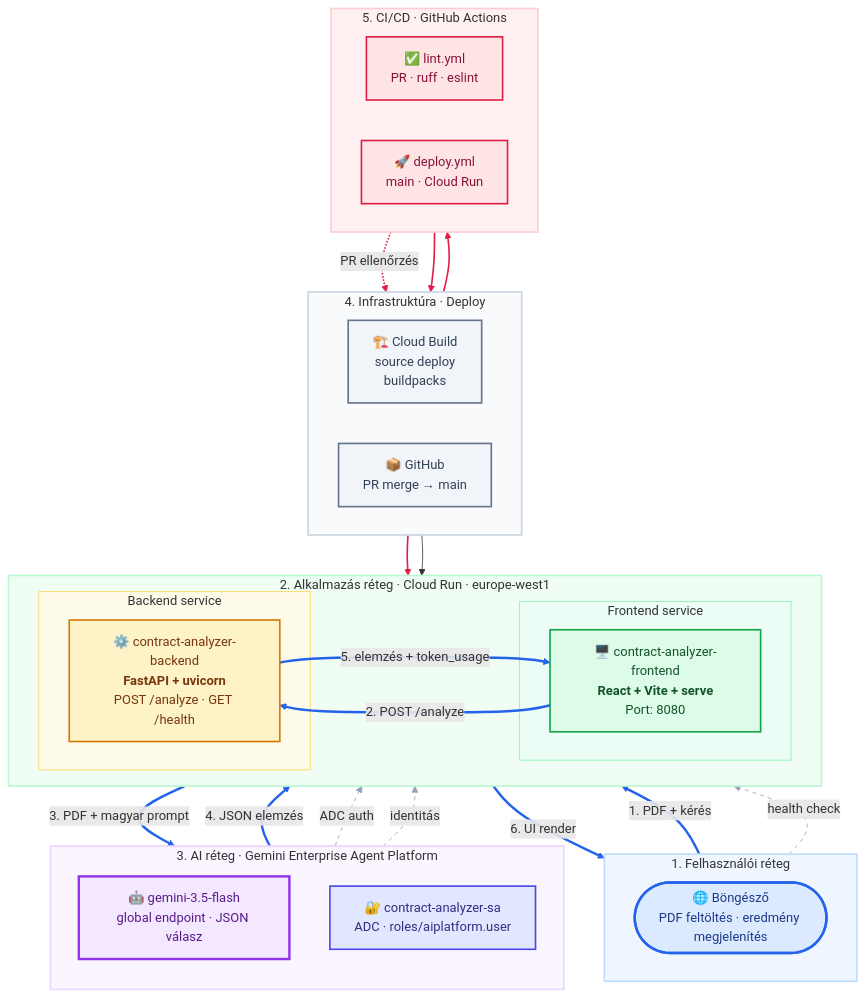
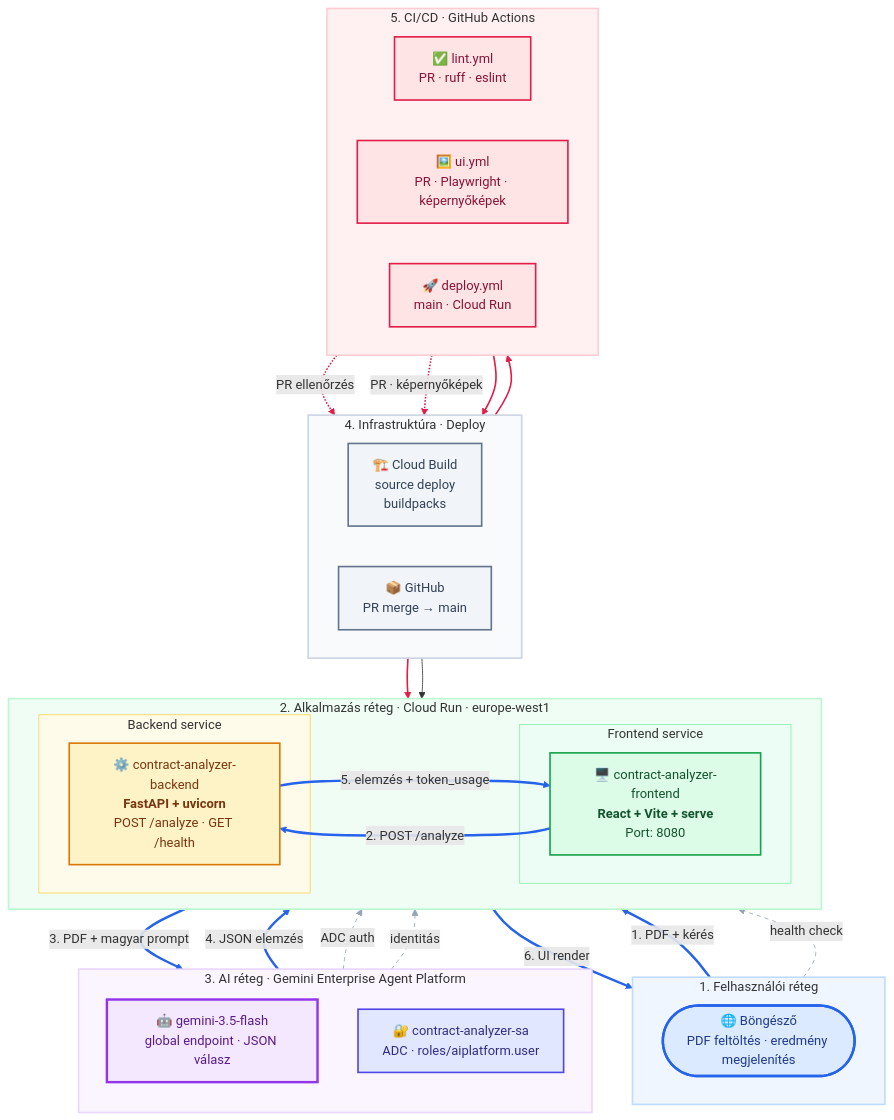
The second of 6 diagrams in README.md (cloudsteak/trn-gcp-ai-contract-analyzer), drawn with Mermaid before and after one commit. The commit also changed other lines of this file and 10 other files, not shown here.

````diff
--- a/README.md
+++ b/README.md
@@ -281,80 +281,82 @@
 ```mermaid
 flowchart TB
     subgraph L1["1. Felhasználói réteg"]
         direction LR
         Browser(["🌐 Böngésző<br/>PDF feltöltés · eredmény megjelenítés"])
     end
 
     subgraph L2["2. Alkalmazás réteg · Cloud Run · europe-west1"]
         direction LR
         subgraph CR_FE["Frontend service"]
             FE["🖥️ contract-analyzer-frontend<br/><b>React + Vite + serve</b><br/>Port: 8080"]
         end
         subgraph CR_BE["Backend service"]
             BE["⚙️ contract-analyzer-backend<br/><b>FastAPI + uvicorn</b><br/>POST /analyze · GET /health"]
         end
     end
 
     subgraph L3["3. AI réteg · Gemini Enterprise Agent Platform"]
         direction TB
         GEAP["🤖 gemini-3.5-flash<br/>global endpoint · JSON válasz"]
         SA["🔐 contract-analyzer-sa<br/>ADC · roles/aiplatform.user"]
     end
 
     subgraph L4["4. Infrastruktúra · Deploy"]
         direction LR
         CB["🏗️ Cloud Build<br/>source deploy<br/>buildpacks"]
         GH["📦 GitHub<br/>PR merge → main"]
     end
 
     subgraph L5["5. CI/CD · GitHub Actions"]
         direction LR
         Lint["✅ lint.yml<br/>PR · ruff · eslint"]
+        UI["🖼️ ui.yml<br/>PR · Playwright · képernyőképek"]
         Deploy["🚀 deploy.yml<br/>main · Cloud Run"]
     end
 
     Browser ==>|"1. PDF + kérés"| FE
     FE ==>|"2. POST /analyze"| BE
     BE ==>|"3. PDF + magyar prompt"| GEAP
     GEAP ==>|"4. JSON elemzés"| BE
     BE ==>|"5. elemzés + token_usage"| FE
     FE ==>|"6. UI render"| Browser
 
     Browser -.->|"health check"| BE
     SA -.->|"ADC auth"| BE
     SA -.->|"identitás"| FE
 
     GH --> Deploy
     Lint -.->|"PR ellenőrzés"| GH
+    UI -.->|"PR · képernyőképek"| GH
     Deploy --> CB
     CB --> FE
     CB --> BE
 
     classDef client fill:#DBEAFE,stroke:#2563EB,stroke-width:3px,color:#1E3A8A,rx:12,ry:12
     classDef frontend fill:#DCFCE7,stroke:#16A34A,stroke-width:2px,color:#14532D
     classDef backend fill:#FEF3C7,stroke:#D97706,stroke-width:2px,color:#78350F
     classDef ai fill:#F3E8FF,stroke:#9333EA,stroke-width:3px,color:#581C87
     classDef security fill:#E0E7FF,stroke:#4F46E5,stroke-width:2px,color:#312E81
     classDef infra fill:#F1F5F9,stroke:#64748B,stroke-width:2px,color:#334155
     classDef cicd fill:#FFE4E6,stroke:#E11D48,stroke-width:2px,color:#881337
 
     class Browser client
     class FE frontend
     class BE backend
     class GEAP ai
     class SA security
     class CB,GH infra
-    class Lint,Deploy cicd
+    class Lint,Deploy,UI cicd
 
     linkStyle 0,1,2,3,4,5 stroke:#2563EB,stroke-width:3px
     linkStyle 6,7,8 stroke:#94A3B8,stroke-width:1px,stroke-dasharray:5
-    linkStyle 9,10,11,12 stroke:#E11D48,stroke-width:2px
+    linkStyle 9,10,11,12,13 stroke:#E11D48,stroke-width:2px
 
     style L1 fill:#EFF6FF,stroke:#BFDBFE,stroke-width:2px
     style L2 fill:#F0FDF4,stroke:#BBF7D0,stroke-width:2px
     style L3 fill:#FAF5FF,stroke:#E9D5FF,stroke-width:2px
     style L4 fill:#F8FAFC,stroke:#CBD5E1,stroke-width:2px
     style L5 fill:#FFF1F2,stroke:#FECDD3,stroke-width:2px
     style CR_FE fill:#ECFDF5,stroke:#86EFAC,stroke-width:1px
     style CR_BE fill:#FFFBEB,stroke:#FCD34D,stroke-width:1px
 ```
````
